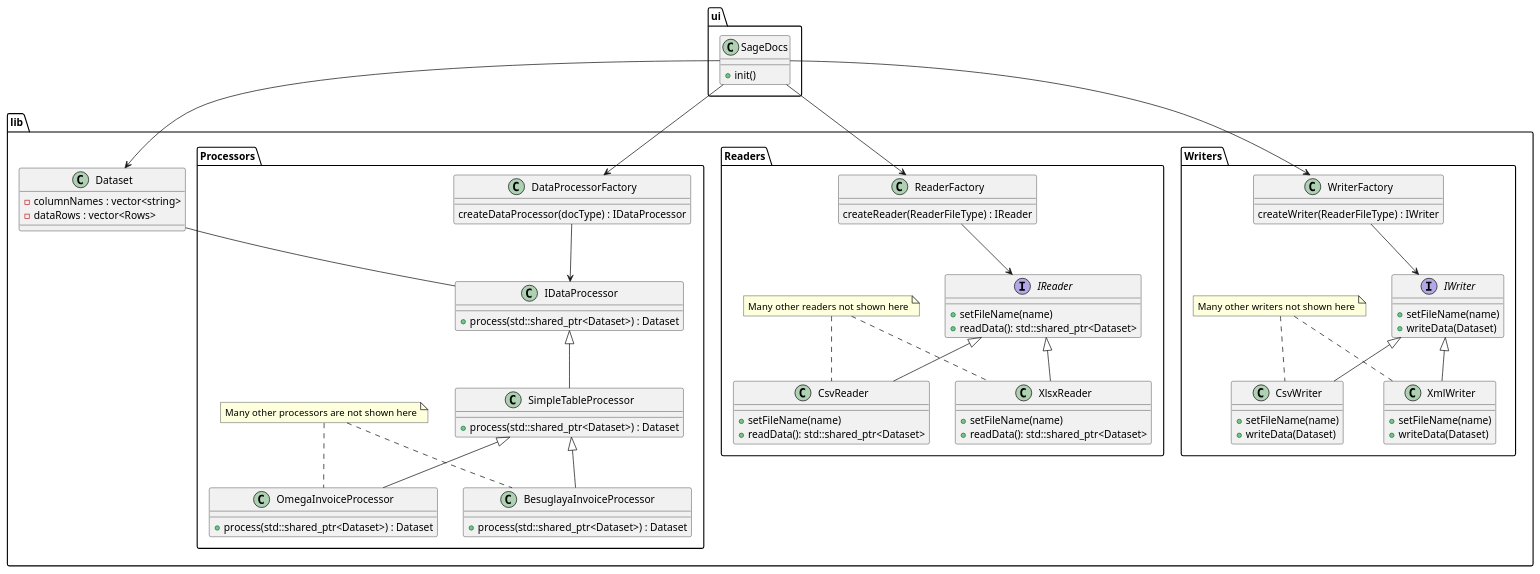
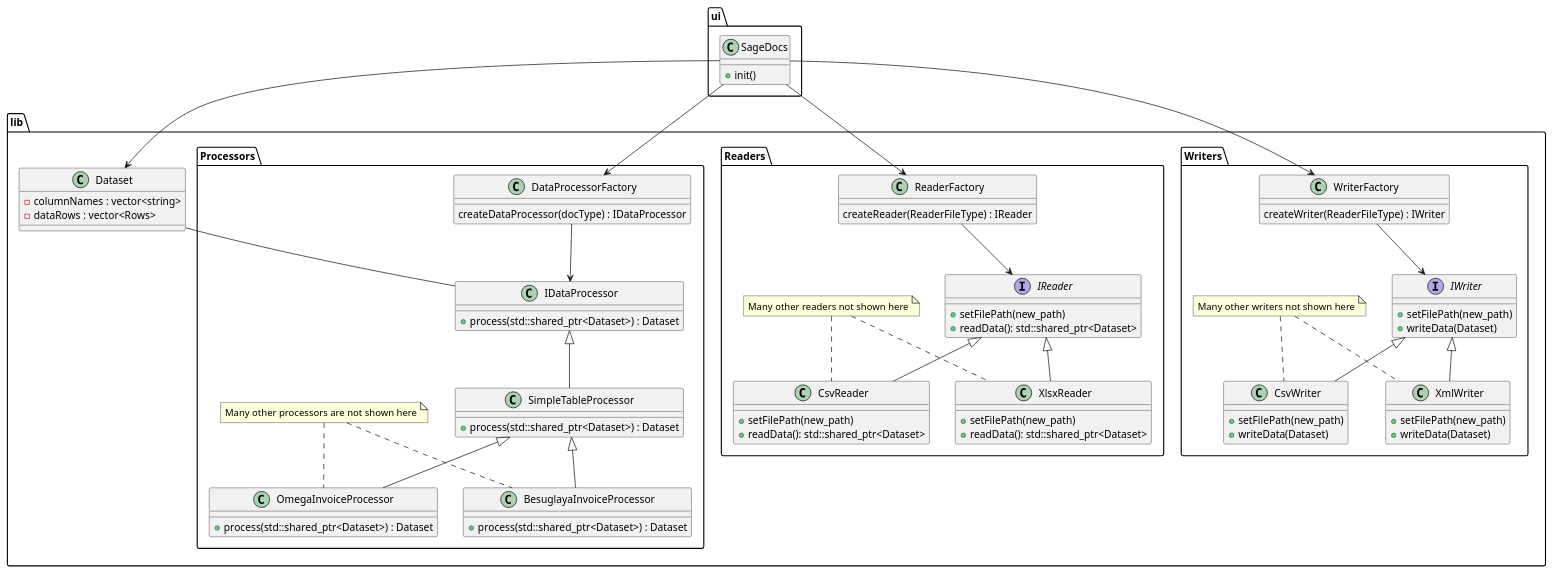
The diagram in docs/Design.puml (Sage-Cat/SageParser), drawn with PlantUML before and after one commit. The commit also changed 28 other files, not shown here.

```diff
--- a/docs/Design.puml
+++ b/docs/Design.puml
@@ -1,117 +1,117 @@
 @startuml
 
 package ui {
     class SageDocs
     {
         +init()
     }
 }
 
 package lib {
     class Dataset {
         -columnNames : vector<string>
         -dataRows : vector<Rows>
     }
 
     package Processors {
         class DataProcessorFactory
         {
             createDataProcessor(docType) : IDataProcessor
         }
 
         class IDataProcessor {
             +process(std::shared_ptr<Dataset>) : Dataset
         }
 
         class SimpleTableProcessor {
             +process(std::shared_ptr<Dataset>) : Dataset
         }
 
         class OmegaInvoiceProcessor {
             +process(std::shared_ptr<Dataset>) : Dataset
         }
 
         class BesuglayaInvoiceProcessor {
             +process(std::shared_ptr<Dataset>) : Dataset
         }
 
         note "Many other processors are not shown here" as N1
         N1 .. BesuglayaInvoiceProcessor
         N1 .. OmegaInvoiceProcessor
 
         SimpleTableProcessor -up-|> IDataProcessor
         BesuglayaInvoiceProcessor -up-|> SimpleTableProcessor
         OmegaInvoiceProcessor -up-|> SimpleTableProcessor
     }
 
     package Writers {
 
         class WriterFactory {
             createWriter(ReaderFileType) : IWriter
         } 
 
         interface IWriter {
-            +setFileName(name)
+            +setFilePath(new_path)
             +writeData(Dataset)
         }
 
         class CsvWriter {
-            +setFileName(name)
+            +setFilePath(new_path)
             +writeData(Dataset)
         }
 
         class XmlWriter {
-            +setFileName(name)
+            +setFilePath(new_path)
             +writeData(Dataset)
         }
 
         note "Many other writers not shown here" as N2
         N2 .. CsvWriter
         N2 .. XmlWriter
 
         CsvWriter -up-|> IWriter
         XmlWriter -up-|> IWriter
     }
 
     package Readers {
         class ReaderFactory {
             createReader(ReaderFileType) : IReader
         } 
 
         interface IReader {
-            +setFileName(name)
+            +setFilePath(new_path)
             +readData(): std::shared_ptr<Dataset>
         }
 
         class CsvReader {
-            +setFileName(name)
+            +setFilePath(new_path)
             +readData(): std::shared_ptr<Dataset>
         }
 
         class XlsxReader {
-            +setFileName(name)
+            +setFilePath(new_path)
             +readData(): std::shared_ptr<Dataset>
         }
 
         note "Many other readers not shown here" as N3
         N3 .. CsvReader
         N3 .. XlsxReader
 
         CsvReader -up-|> IReader
         XlsxReader -up-|> IReader
     }
 
     Dataset -- IDataProcessor
 }
 
 
 ReaderFactory --> IReader
 WriterFactory --> IWriter
 DataProcessorFactory --> IDataProcessor
 
 SageDocs --> DataProcessorFactory
 SageDocs --> WriterFactory
 SageDocs --> ReaderFactory
 SageDocs --> Dataset
 
 @enduml
```
